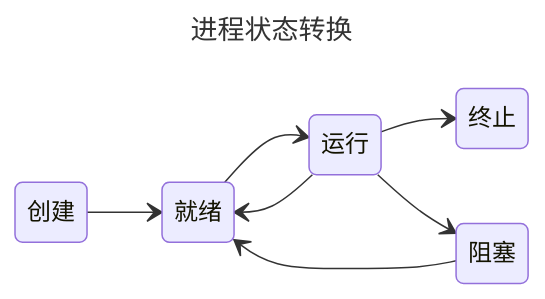
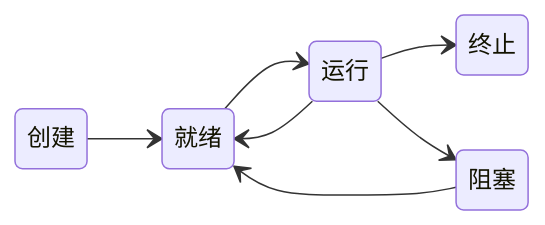
The diagram in CS/Operating-System/chap2.md (BluePrintYang/GEE-Notes), drawn with Mermaid before and after one commit. The commit also changed other lines of this file and 3 other files, not shown here.

````diff
--- a/CS/Operating-System/chap2.md
+++ b/CS/Operating-System/chap2.md
@@ -37,13 +39,10 @@
 ```mermaid
----
-title: 进程状态转换
----
 stateDiagram-v2
 direction LR
     创建-->就绪
     就绪-->运行
     运行-->就绪
     运行-->终止
     运行-->阻塞
     阻塞-->就绪
 ```
````
